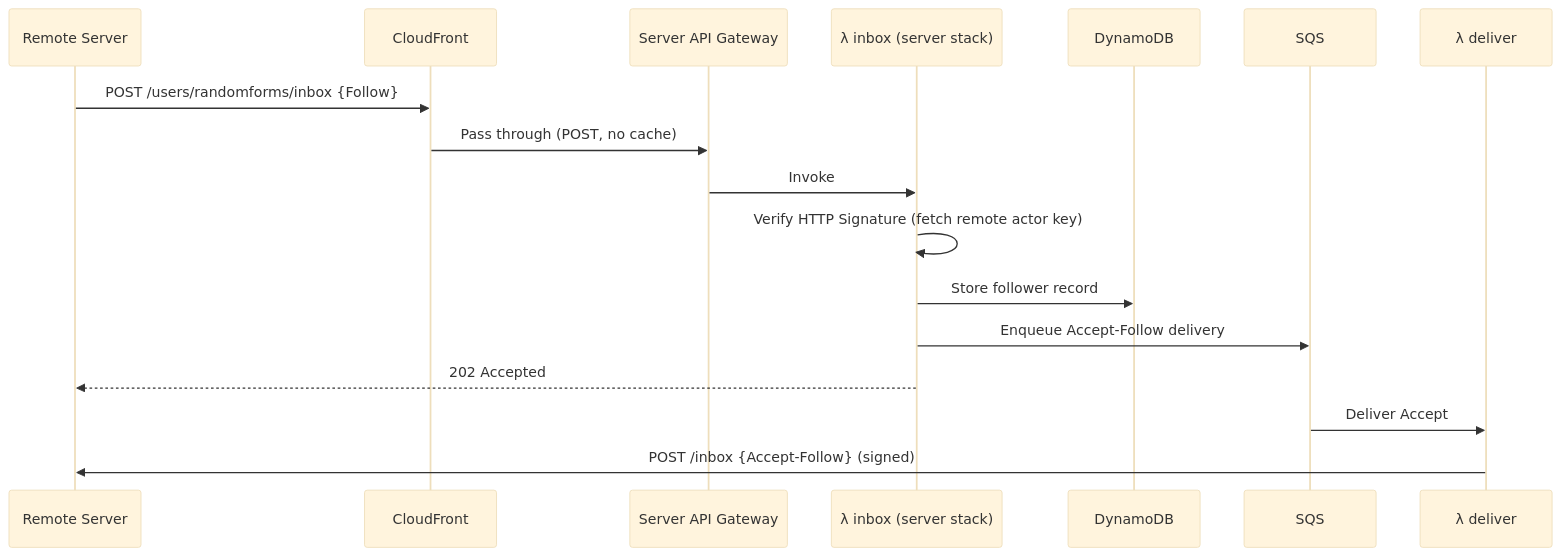
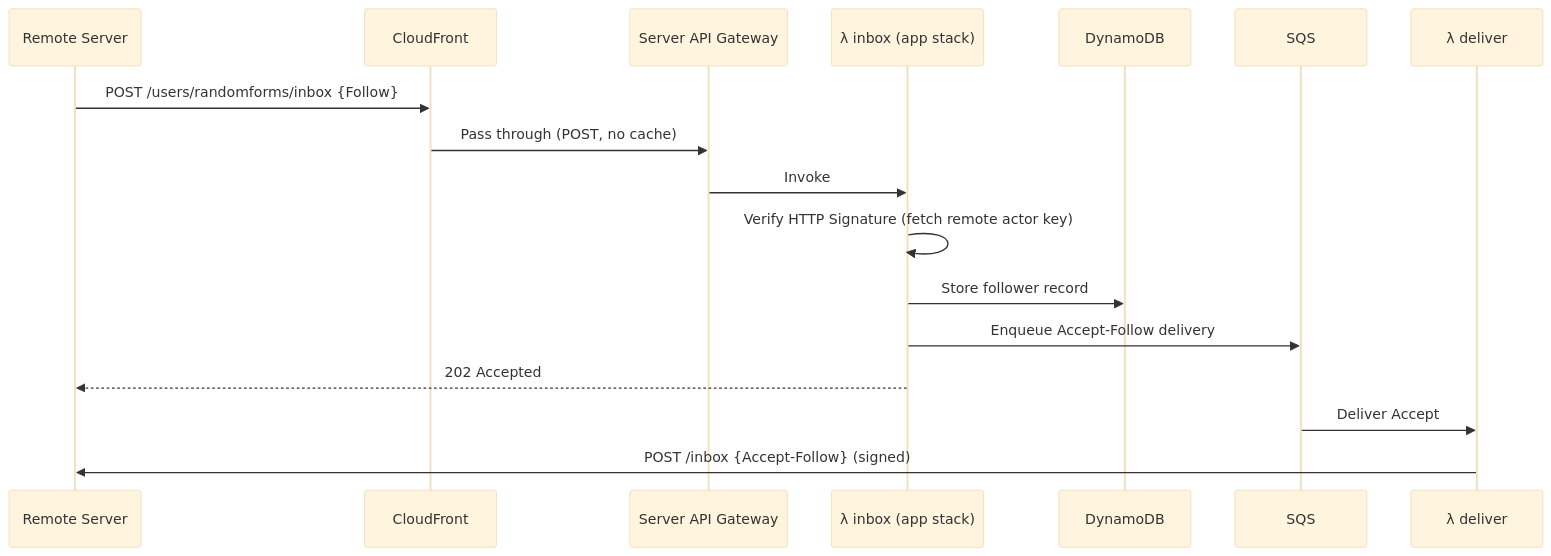
One commit to happitec-inc/FederatedActivityPublisher changed the fourth of 4 diagrams in docs/PROJECT-PLAN.md. Above: the diagram before and after it, drawn with Mermaid (base theme). The commit also changed other lines of this file, not shown here.

First line of the commit message:
Three-template architecture: bootstrap + environment + app

````diff
--- a/docs/PROJECT-PLAN.md
+++ b/docs/PROJECT-PLAN.md
@@ -236,21 +231,21 @@
 ```mermaid
 sequenceDiagram
     participant R as Remote Server
     participant CF as CloudFront
     participant APIGW as Server API Gateway
-    participant I as λ inbox (server stack)
+    participant I as λ inbox (app stack)
     participant DB as DynamoDB
     participant Q as SQS
     participant D as λ deliver
 
     R->>CF: POST /users/randomforms/inbox {Follow}
     CF->>APIGW: Pass through (POST, no cache)
     APIGW->>I: Invoke
     I->>I: Verify HTTP Signature (fetch remote actor key)
     I->>DB: Store follower record
     I->>Q: Enqueue Accept-Follow delivery
     I-->>R: 202 Accepted
 
     Q->>D: Deliver Accept
     D->>R: POST /inbox {Accept-Follow} (signed)
 ```
````
